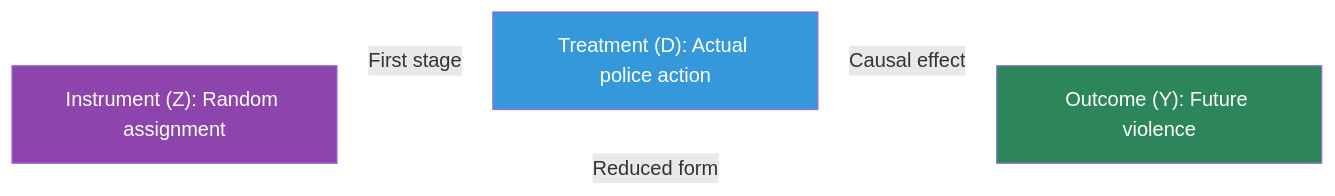
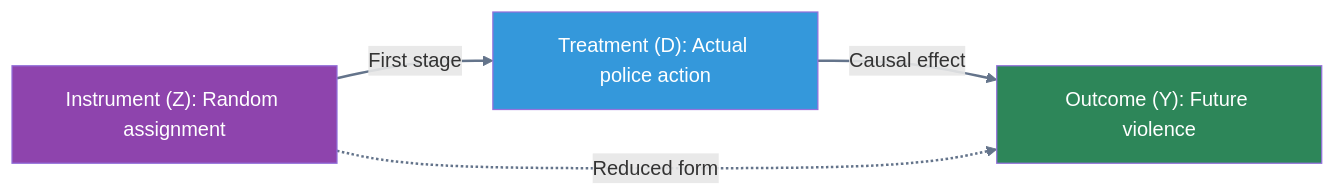
Before and after one commit to cmg777/intro2causal: the second of 3 diagrams in book/notebooks_quarto/03-instrumental-variables.qmd, drawn with Mermaid. The commit also changed other lines of this file and 5 other files, not shown here.

First line of the commit message:
Fix mermaid diagram colors for dark/light theme visibility

````diff
--- a/book/notebooks_quarto/03-instrumental-variables.qmd
+++ b/book/notebooks_quarto/03-instrumental-variables.qmd
@@ -141,18 +141,18 @@
 ```{mermaid}
 %%| label: fig-iv-chain
 %%| fig-cap: "The IV chain reaction: the instrument affects the outcome only through its effect on treatment."
 
 graph LR
     Z["Instrument (Z): Random assignment"]
     D["Treatment (D): Actual police action"]
     Y["Outcome (Y): Future violence"]
 
     Z -->|"First stage"| D
     D -->|"Causal effect"| Y
     Z -.->|"Reduced form"| Y
 
     style Z fill:#8e44ad,color:#fff
     style D fill:#3498db,color:#fff
     style Y fill:#2d8659,color:#fff
-    linkStyle default stroke:#fff,stroke-width:2px
+    linkStyle default stroke:#64748b,stroke-width:2px
 ```
````
